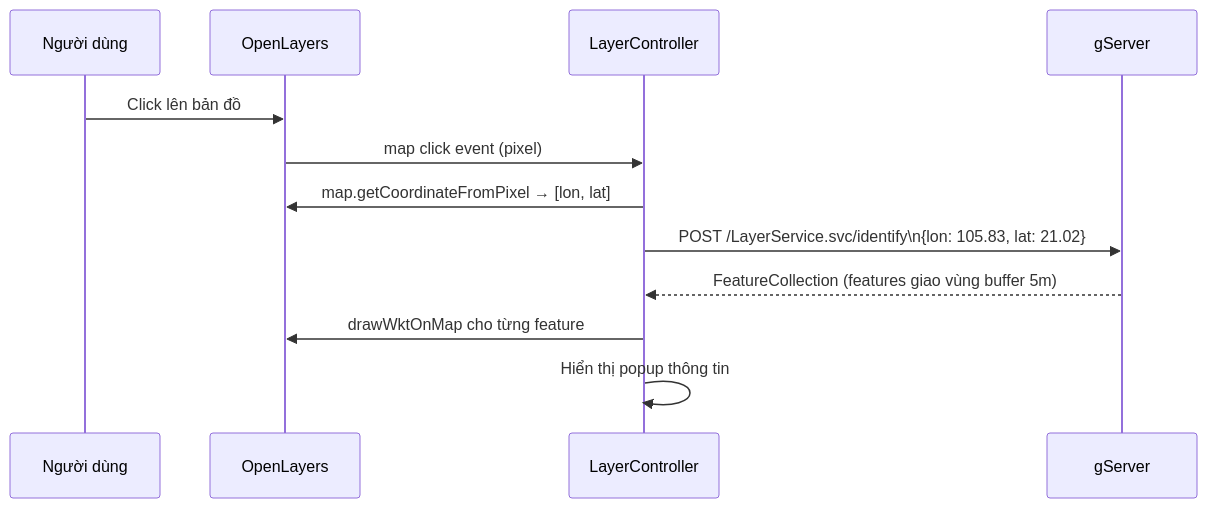
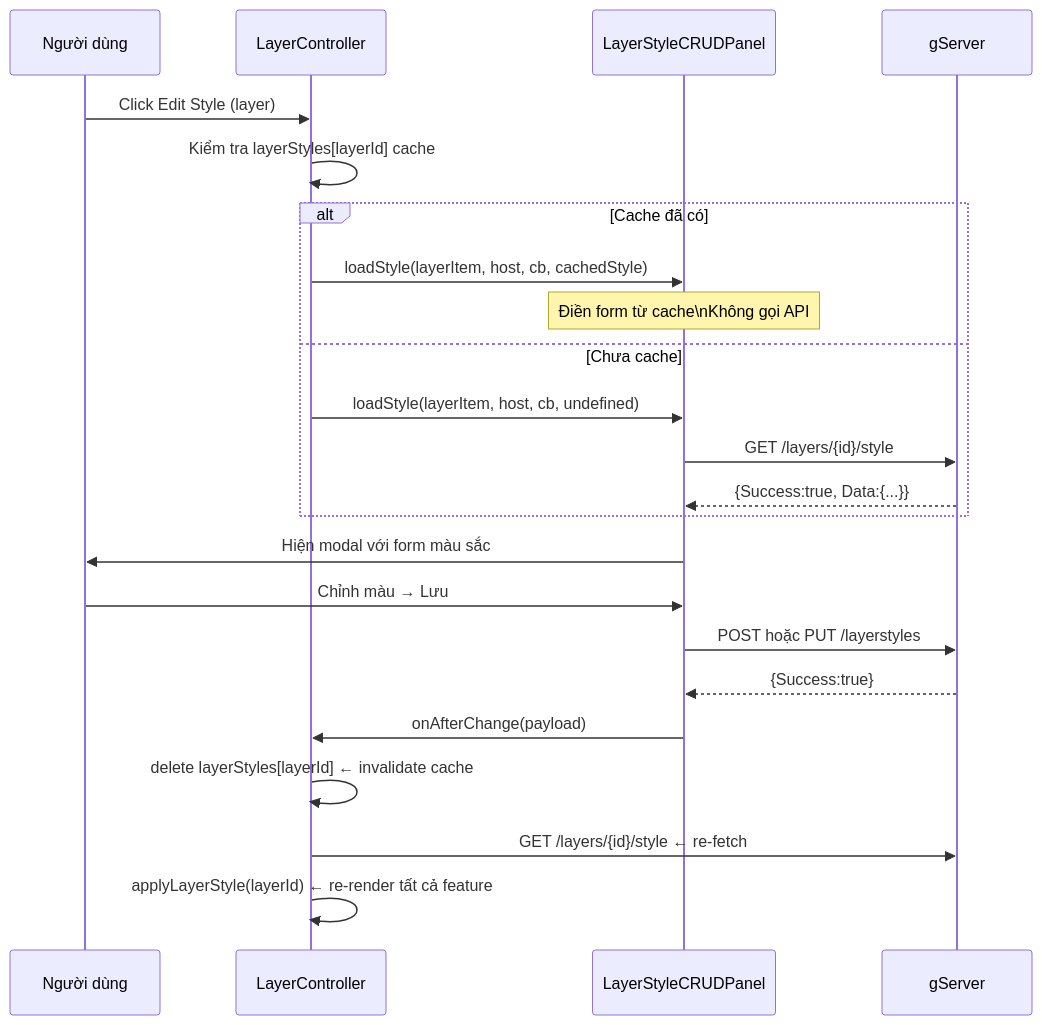
The eighth of 8 diagrams in gServer_Introduction/docs/dataflow.md (giangvanhung/gServer_0.0.1), drawn with Mermaid before and after one commit. The commit also changed other lines of this file and 14 other files, not shown here.

````diff
--- a/gServer_Introduction/docs/dataflow.md
+++ b/gServer_Introduction/docs/dataflow.md
@@ -100,15 +165,27 @@
 ```mermaid
 sequenceDiagram
     participant U as Người dùng
-    participant OL as OpenLayers
     participant LC as LayerController
+    participant SP as LayerStyleCRUDPanel
     participant WCF as gServer
 
-    U->>OL: Click lên bản đồ
-    OL->>LC: map click event (pixel)
-    LC->>OL: map.getCoordinateFromPixel → [lon, lat]
-    LC->>WCF: POST /LayerService.svc/identify\n{lon: 105.83, lat: 21.02}
-    WCF-->>LC: FeatureCollection (features giao vùng buffer 5m)
-    LC->>OL: drawWktOnMap cho từng feature
-    LC->>LC: Hiển thị popup thông tin
+    U->>LC: Click Edit Style (layer)
+    LC->>LC: Kiểm tra layerStyles[layerId] cache
+    alt Cache đã có
+        LC->>SP: loadStyle(layerItem, host, cb, cachedStyle)
+        Note over SP: Điền form từ cache\nKhông gọi API
+    else Chưa cache
+        LC->>SP: loadStyle(layerItem, host, cb, undefined)
+        SP->>WCF: GET /layers/{id}/style
+        WCF-->>SP: {Success:true, Data:{...}}
+    end
+    SP->>U: Hiện modal với form màu sắc
+
+    U->>SP: Chỉnh màu → Lưu
+    SP->>WCF: POST hoặc PUT /layerstyles
+    WCF-->>SP: {Success:true}
+    SP->>LC: onAfterChange(payload)
+    LC->>LC: delete layerStyles[layerId]  ← invalidate cache
+    LC->>WCF: GET /layers/{id}/style      ← re-fetch
+    LC->>LC: applyLayerStyle(layerId)     ← re-render tất cả feature
 ```
````
